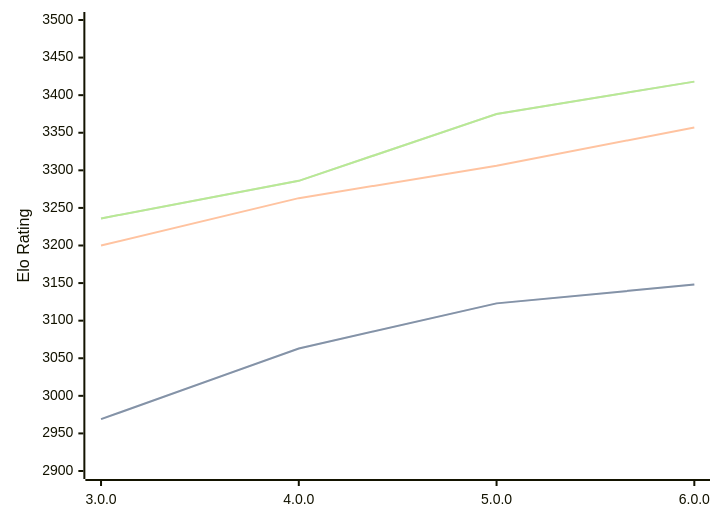
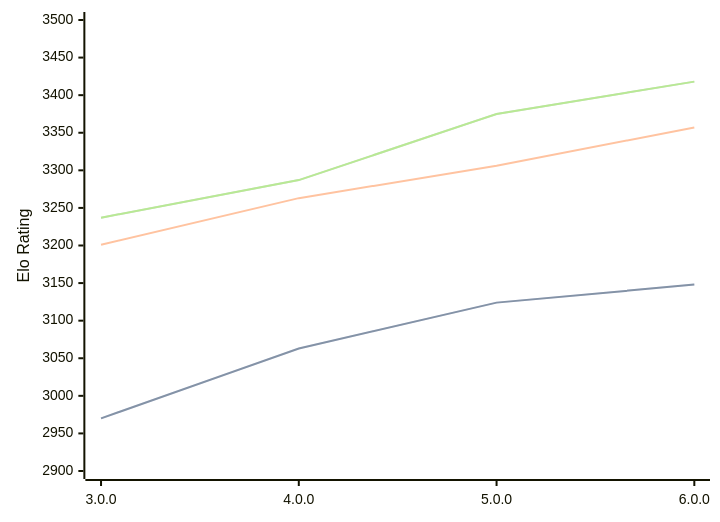
One commit to computer-chess-index/cci changed the third of 3 diagrams in engines/Minke.md. Above: the diagram before and after it, drawn with Mermaid. The commit also changed other lines of this file, not shown here.

Commit message:
Update CCI Ratings (ELO VLTC) - 2026-07-14

````diff
--- a/engines/Minke.md
+++ b/engines/Minke.md
@@ -69,11 +69,11 @@
 ```mermaid
 %%{init: {"theme":"base","themeVariables":{"seriesColors:['#a3a3a3','#222221','#faa371']}}}%%
 xychart-beta
   x-axis ["3.0.0", "4.0.0", "5.0.0", "6.0.0"]
   y-axis "Elo Rating" 2900 --> 3500
-  line "STC (8.0+0.08s)" [2969, 3063, 3123, 3148]
-  line "STC (8.0+0.08s)" [2969, 3063, 3123, 3148]
-  line "LTC (60.0+0.60s)" [3200, 3263, 3306, 3357]
-  line "VLTC (2m24s+1.12s)" [3236, 3286, 3375, 3418]
-  line "VLTC (2m24s+1.12s)" [3236, 3286, 3375, 3418]
+  line "STC (8.0+0.08s)" [2970, 3063, 3124, 3148]
+  line "STC (8.0+0.08s)" [2970, 3063, 3124, 3148]
+  line "LTC (60.0+0.60s)" [3201, 3263, 3306, 3357]
+  line "VLTC (2m24s+1.12s)" [3237, 3287, 3375, 3418]
+  line "VLTC (2m24s+1.12s)" [3237, 3287, 3375, 3418]
 ```
````
